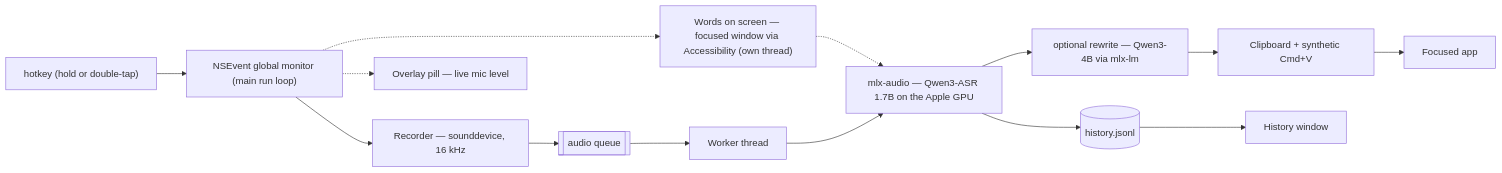
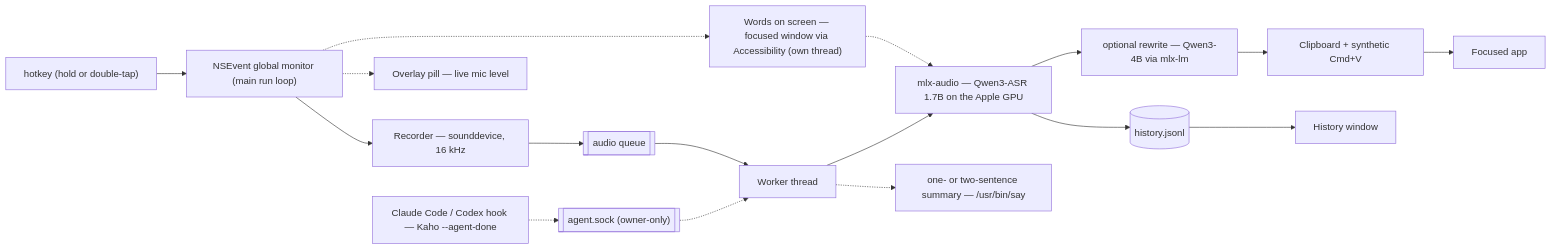
One commit to utsavanand/kaho changed the diagram in README.md. Above: the diagram before and after it, drawn with Mermaid. The commit also changed other lines of this file and 5 other files, not shown here.

````diff
--- a/README.md
+++ b/README.md
@@ -229,16 +263,19 @@
 ```mermaid
 flowchart LR
     K["hotkey (hold or double-tap)"] --> M["NSEvent global monitor (main run loop)"]
     M --> R["Recorder — sounddevice, 16 kHz"]
     M -.-> O["Overlay pill — live mic level"]
     M -.-> S["Words on screen — focused window via Accessibility (own thread)"]
     S -.-> T
     R --> Q[["audio queue"]]
     Q --> W["Worker thread"]
     W --> T["mlx-audio — Qwen3-ASR 1.7B on the Apple GPU"]
     T --> RW["optional rewrite — Qwen3-4B via mlx-lm"]
     RW --> P["Clipboard + synthetic Cmd+V"]
     P --> A["Focused app"]
     T --> H[("history.jsonl")]
     H --> V["History window"]
+    G["Claude Code / Codex hook — Kaho --agent-done"] -.-> U[["agent.sock (owner-only)"]]
+    U -.-> W
+    W -.-> SAY["one- or two-sentence summary — /usr/bin/say"]
 ```
````
